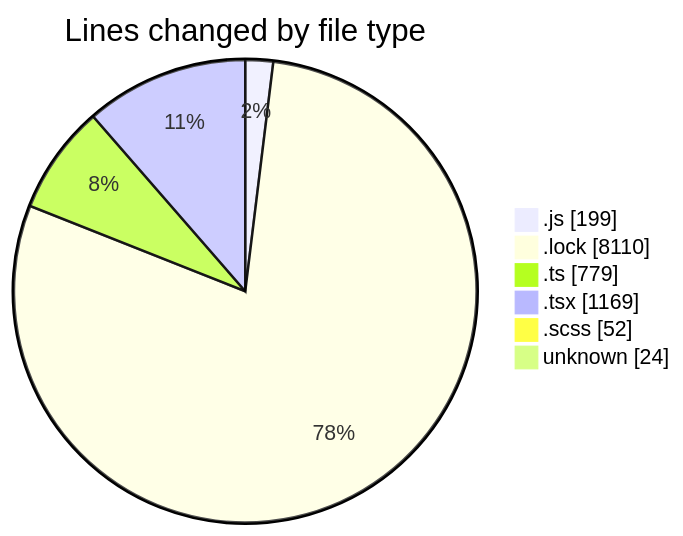
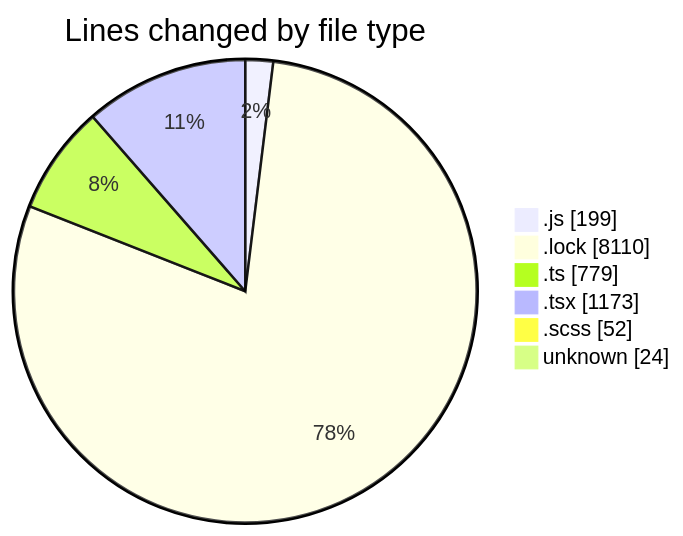
One commit to momahboobian/code-tracking changed the first of 2 diagrams in 2025-02-07/cda/README.md. Above: the diagram before and after it, drawn with Mermaid. The commit also changed other lines of this file and 1 other file, not shown here.

````diff
--- a/2025-02-07/cda/README.md
+++ b/2025-02-07/cda/README.md
@@ -57,10 +57,10 @@
 ```mermaid
 pie showData
 title Lines changed by file type
 ".js" : 199
 ".lock" : 8110
 ".ts" : 779
-".tsx" : 1169
+".tsx" : 1173
 ".scss" : 52
 "unknown" : 24
 ```
````
